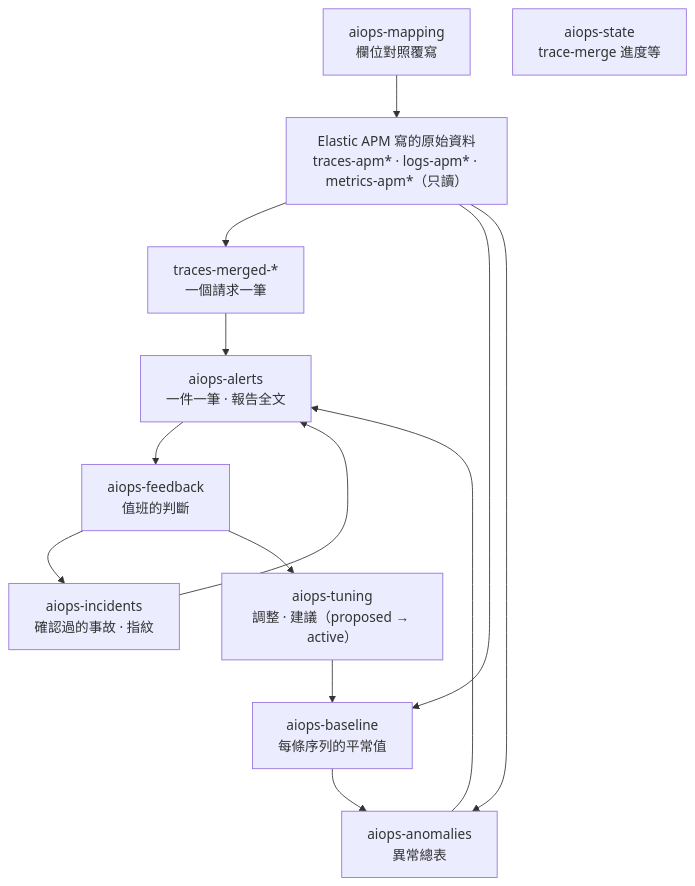
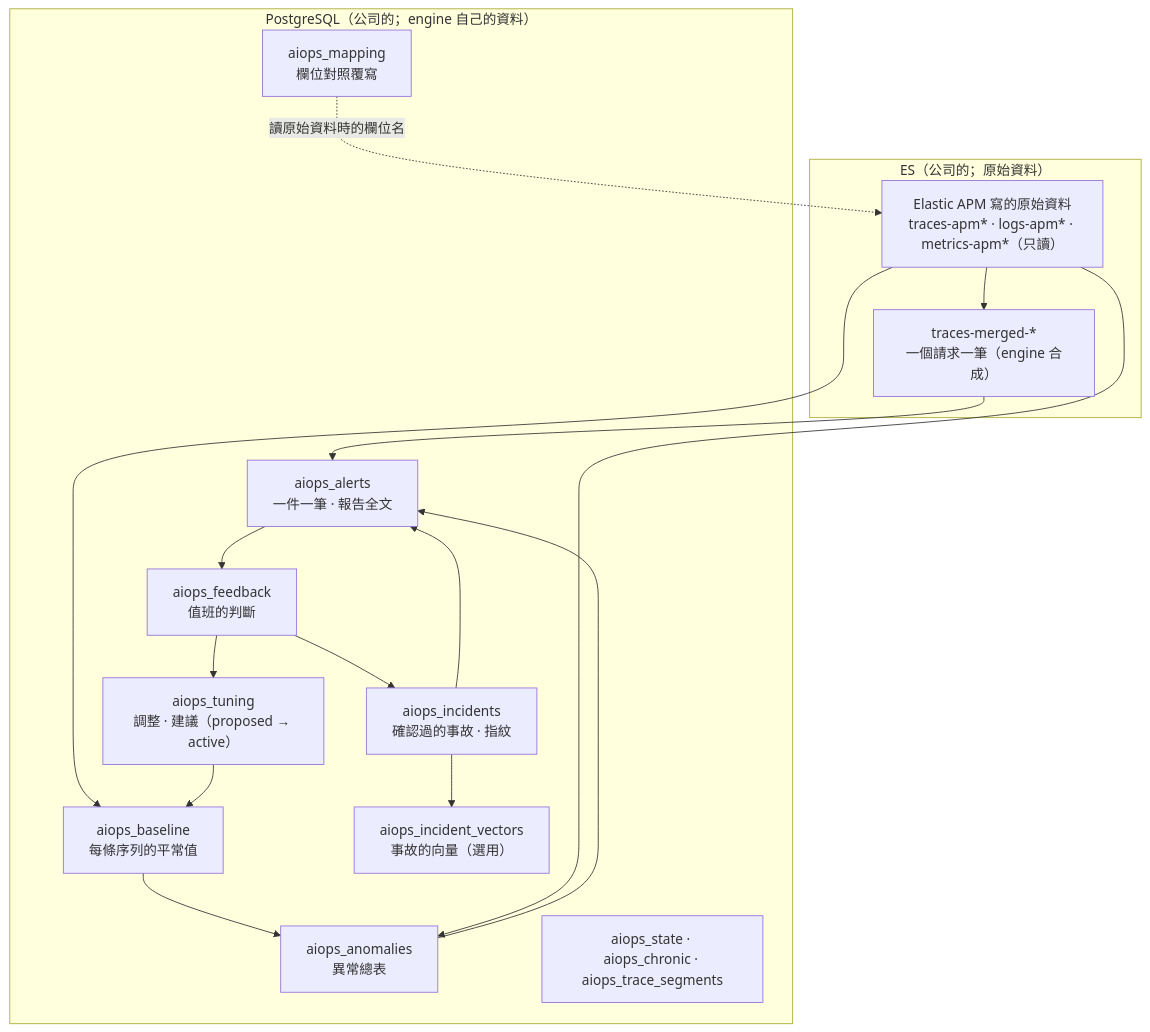
One commit to i-shuan/aiops-data-foundation changed the second of 2 diagrams in docs/module-map.md. Above: the diagram before and after it, drawn with Mermaid. The commit also changed other lines of this file and 36 other files, not shown here.

First line of the commit message:
Grafana 改讀 PostgreSQL、helm 與 Kibana 檔、文件、PDCA

````diff
--- a/docs/module-map.md
+++ b/docs/module-map.md
@@ -62,17 +62,31 @@
 ```mermaid
 flowchart TB
-    RAW["Elastic APM 寫的原始資料<br/>traces-apm* · logs-apm* · metrics-apm*（只讀）"]
-    RAW --> MERGED["traces-merged-*<br/>一個請求一筆"]
-    RAW --> BASE["aiops-baseline<br/>每條序列的平常值"]
-    BASE --> ANOM["aiops-anomalies<br/>異常總表"]
+    subgraph ESBOX["ES（公司的；原始資料）"]
+        RAW["Elastic APM 寫的原始資料<br/>traces-apm* · logs-apm* · metrics-apm*（只讀）"]
+        MERGED["traces-merged-*<br/>一個請求一筆（engine 合成）"]
+    end
+    subgraph PG["PostgreSQL（公司的；engine 自己的資料）"]
+        BASE["aiops_baseline<br/>每條序列的平常值"]
+        ANOM["aiops_anomalies<br/>異常總表"]
+        ALERT["aiops_alerts<br/>一件一筆 · 報告全文"]
+        FEED["aiops_feedback<br/>值班的判斷"]
+        INCI["aiops_incidents<br/>確認過的事故 · 指紋"]
+        VEC["aiops_incident_vectors<br/>事故的向量（選用）"]
+        TUNE["aiops_tuning<br/>調整 · 建議（proposed → active）"]
+        MAPI["aiops_mapping<br/>欄位對照覆寫"]
+        STATE["aiops_state · aiops_chronic · aiops_trace_segments"]
+    end
+    RAW --> MERGED
+    RAW --> BASE
+    BASE --> ANOM
     RAW --> ANOM
-    ANOM --> ALERT["aiops-alerts<br/>一件一筆 · 報告全文"]
+    ANOM --> ALERT
     MERGED --> ALERT
-    ALERT --> FEED["aiops-feedback<br/>值班的判斷"]
-    FEED --> INCI["aiops-incidents<br/>確認過的事故 · 指紋"]
+    ALERT --> FEED
+    FEED --> INCI
+    INCI --> VEC
     INCI --> ALERT
-    FEED --> TUNE["aiops-tuning<br/>調整 · 建議（proposed → active）"]
+    FEED --> TUNE
     TUNE --> BASE
-    MAPI["aiops-mapping<br/>欄位對照覆寫"] --> RAW
-    STATE["aiops-state<br/>trace-merge 進度等"]
+    MAPI -.讀原始資料時的欄位名.-> RAW
 ```
````
